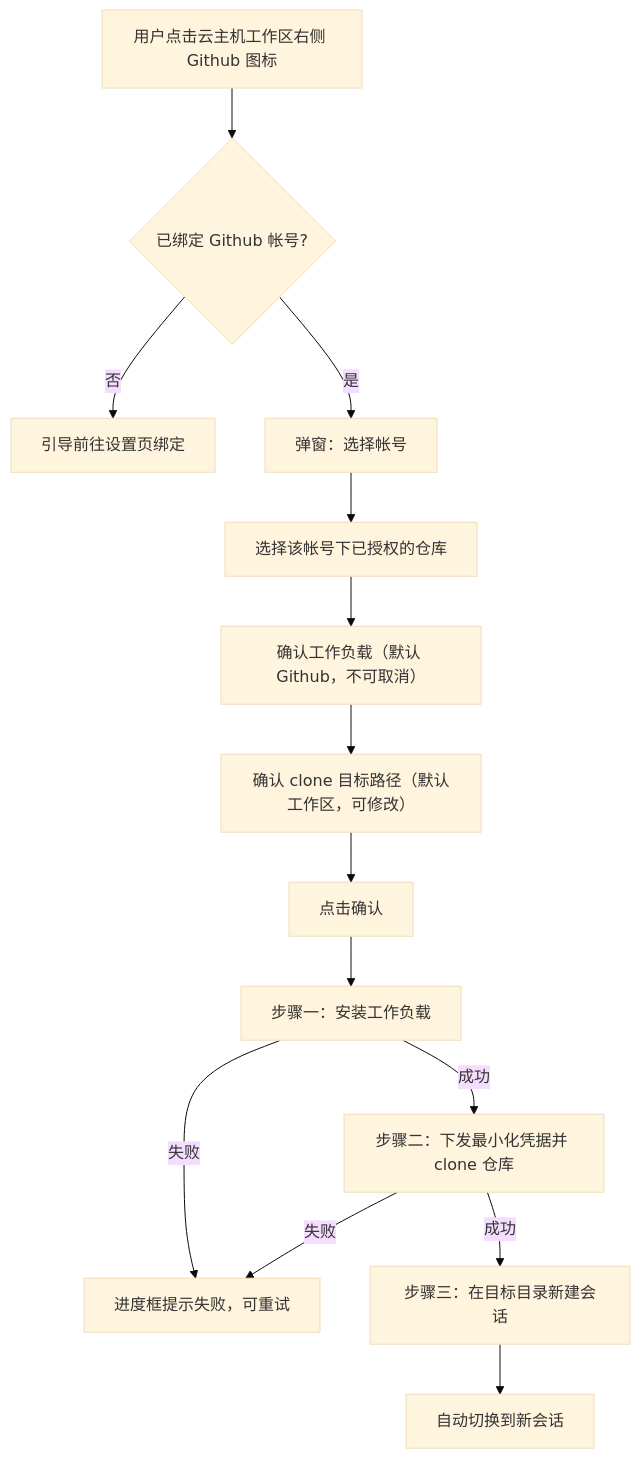
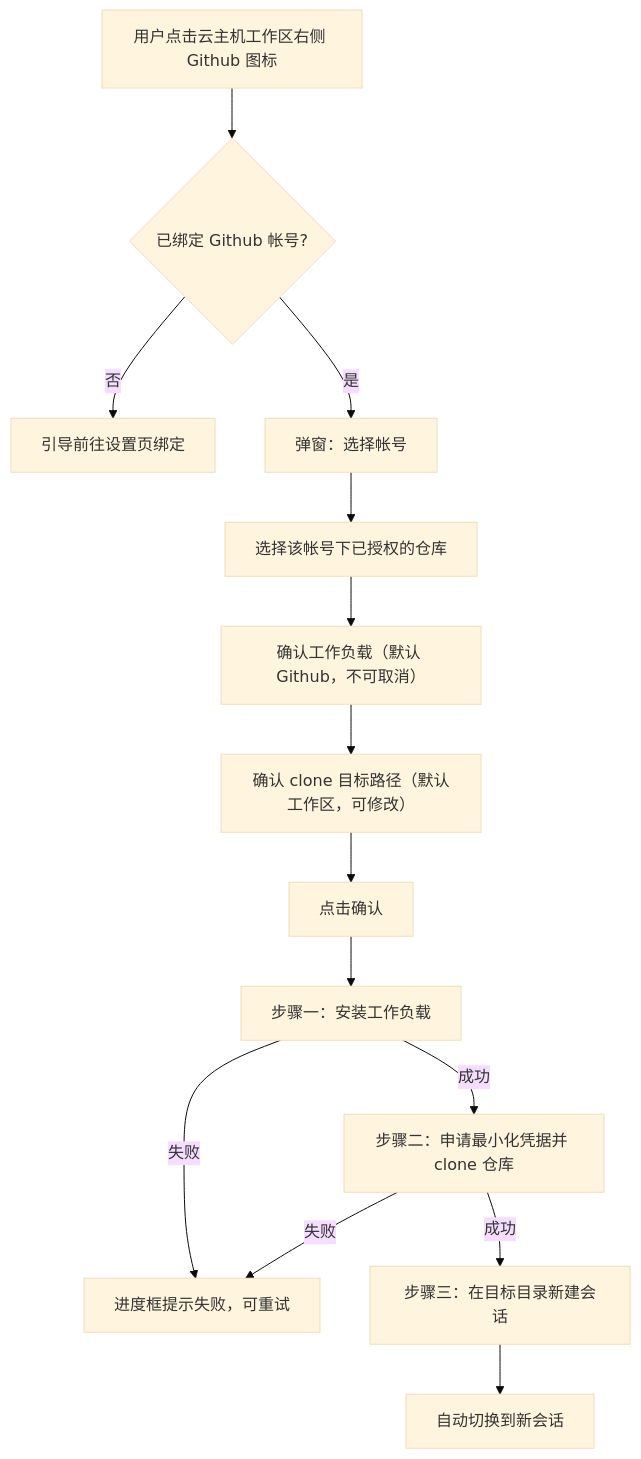
One commit to Deliay/z-agent-gear changed the third of 3 diagrams in docs/product/draft/20261021-github-workload.md. Above: the diagram before and after it, drawn with Mermaid (base theme). The commit also changed other lines of this file and 2 other files, not shown here.

````diff
--- a/docs/product/draft/20261021-github-workload.md
+++ b/docs/product/draft/20261021-github-workload.md
@@ -210,16 +214,16 @@
 ```mermaid
 flowchart TD
     A[用户点击云主机工作区右侧 Github 图标] --> B{已绑定 Github 帐号?}
     B -->|否| C[引导前往设置页绑定]
     B -->|是| D[弹窗：选择帐号]
     D --> E[选择该帐号下已授权的仓库]
     E --> F[确认工作负载（默认 Github，不可取消）]
     F --> G[确认 clone 目标路径（默认工作区，可修改）]
     G --> H[点击确认]
     H --> I[步骤一：安装工作负载]
     I -->|失败| R[进度框提示失败，可重试]
-    I -->|成功| J[步骤二：下发最小化凭据并 clone 仓库]
+    I -->|成功| J[步骤二：申请最小化凭据并 clone 仓库]
     J -->|失败| R
     J -->|成功| K[步骤三：在目标目录新建会话]
     K --> L[自动切换到新会话]
 ```
````
